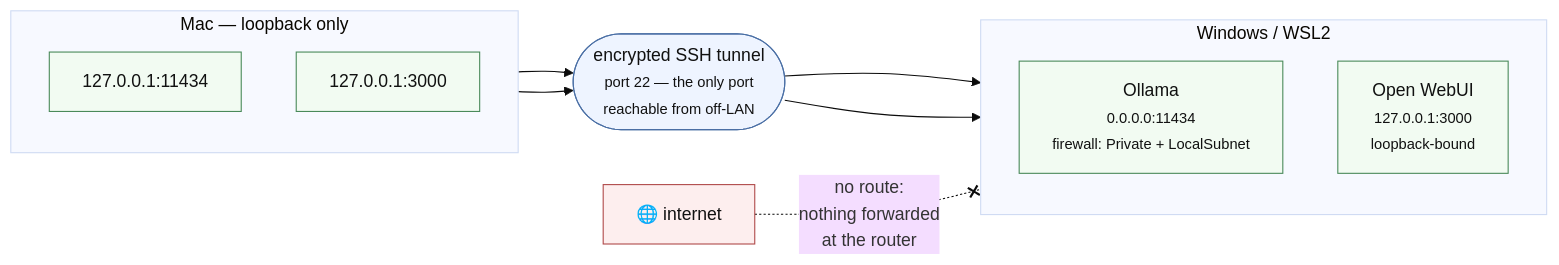
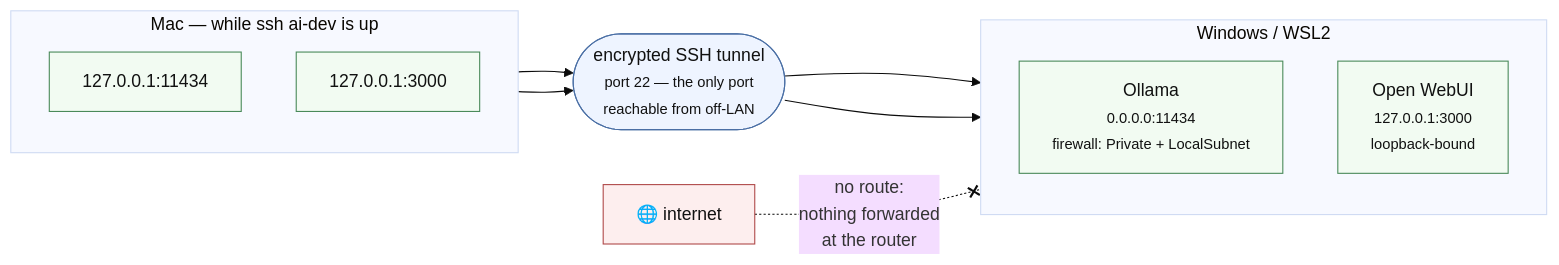
One commit to beibeiyang/local-ai-workstation changed the second of 3 diagrams in docs/architecture.md. Above: the diagram before and after it, drawn with Mermaid (base theme). The commit also changed other lines of this file, not shown here.

````diff
--- a/docs/architecture.md
+++ b/docs/architecture.md
@@ -128,31 +137,31 @@
 ```mermaid
 flowchart LR
-    subgraph macside["Mac — loopback only"]
+    subgraph macside["Mac — while ssh ai-dev is up"]
         direction TB
         m1["127.0.0.1:11434"]
         m2["127.0.0.1:3000"]
     end
 
     tunnel(["encrypted SSH tunnel<br/><small>port 22 — the only port<br/>reachable from off-LAN</small>"])
 
     subgraph winside["Windows / WSL2"]
         direction TB
         w1["Ollama<br/><small>0.0.0.0:11434<br/>firewall: Private + LocalSubnet</small>"]
         w2["Open WebUI<br/><small>127.0.0.1:3000<br/>loopback-bound</small>"]
     end
 
     lan["🌐 internet"]
 
     m1 --> tunnel
     m2 --> tunnel
     tunnel --> w1
     tunnel --> w2
     lan -. "no route:<br/>nothing forwarded<br/>at the router" .-x winside
 
     classDef safe fill:#f2fbf2,stroke:#4a8a5a,color:#111
     classDef blocked fill:#fdeeee,stroke:#b04a4a,color:#111
     classDef pipe fill:#eef4ff,stroke:#4a6fa5,color:#111
     class m1,m2,w1,w2 safe
     class lan blocked
     class tunnel pipe
 ```
````
